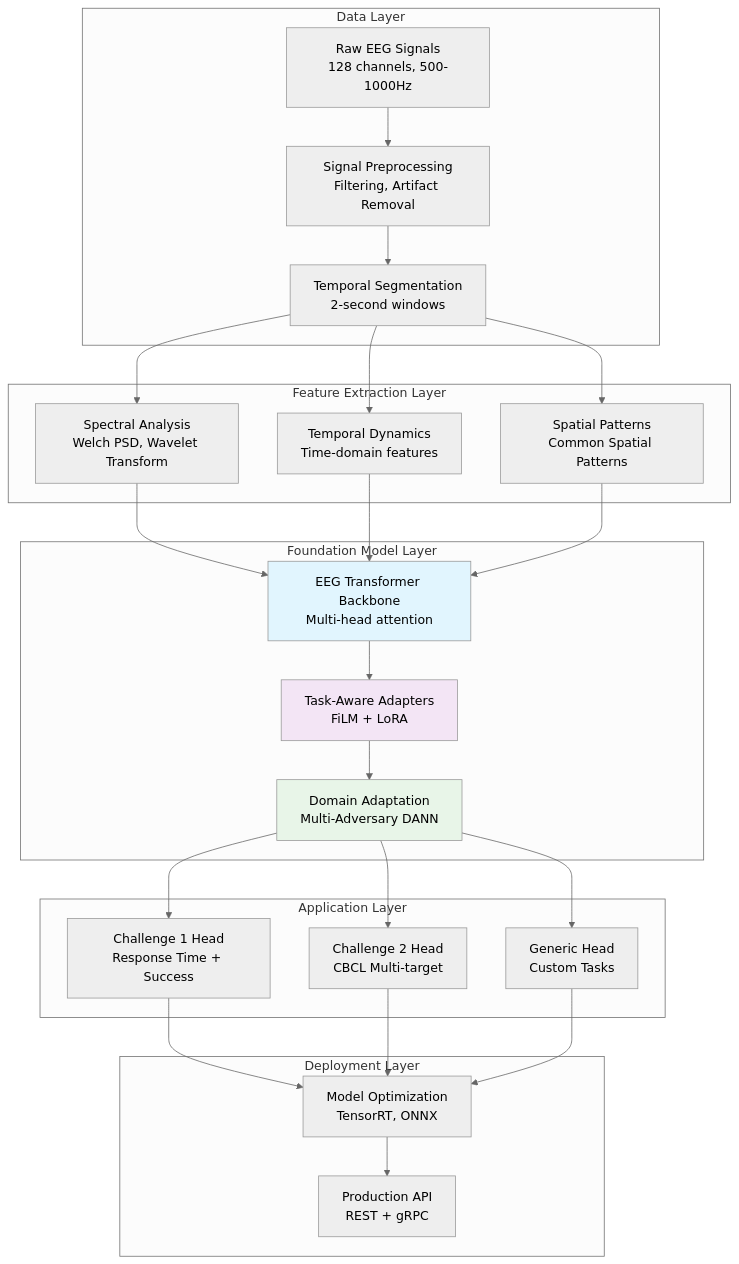
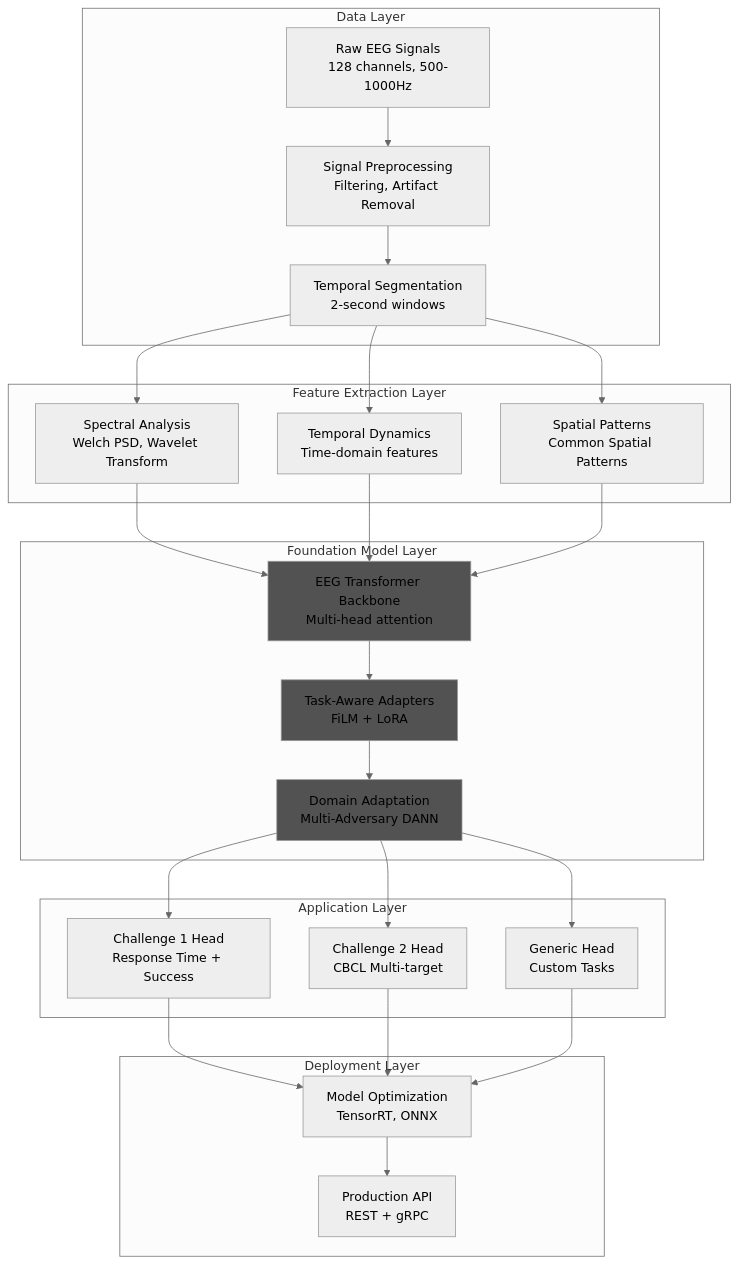
The third of 3 diagrams in README.md (hkevin01/eeg2025), drawn with Mermaid (neutral theme) before and after one commit. The commit also changed other lines of this file, not shown here.

````diff
--- a/README.md
+++ b/README.md
@@ -1461,38 +1461,38 @@
 ```mermaid
 graph TB
     subgraph "Data Layer"
         A[Raw EEG Signals<br/>128 channels, 500-1000Hz] --> B[Signal Preprocessing<br/>Filtering, Artifact Removal]
         B --> C[Temporal Segmentation<br/>2-second windows]
     end
 
     subgraph "Feature Extraction Layer"
         C --> D[Spectral Analysis<br/>Welch PSD, Wavelet Transform]
         C --> E[Temporal Dynamics<br/>Time-domain features]
         C --> F[Spatial Patterns<br/>Common Spatial Patterns]
     end
 
     subgraph "Foundation Model Layer"
         D --> G[EEG Transformer Backbone<br/>Multi-head attention]
         E --> G
         F --> G
         G --> H[Task-Aware Adapters<br/>FiLM + LoRA]
         H --> I[Domain Adaptation<br/>Multi-Adversary DANN]
     end
 
     subgraph "Application Layer"
         I --> J[Challenge 1 Head<br/>Response Time + Success]
         I --> K[Challenge 2 Head<br/>CBCL Multi-target]
         I --> L[Generic Head<br/>Custom Tasks]
     end
 
     subgraph "Deployment Layer"
         J --> M[Model Optimization<br/>TensorRT, ONNX]
         K --> M
         L --> M
         M --> N[Production API<br/>REST + gRPC]
     end
 
-    style G fill:#e1f5fe
-    style H fill:#f3e5f5
-    style I fill:#e8f5e8
+    style G fill:#525252
+    style H fill:#525252
+    style I fill:#525252
 ```
````
